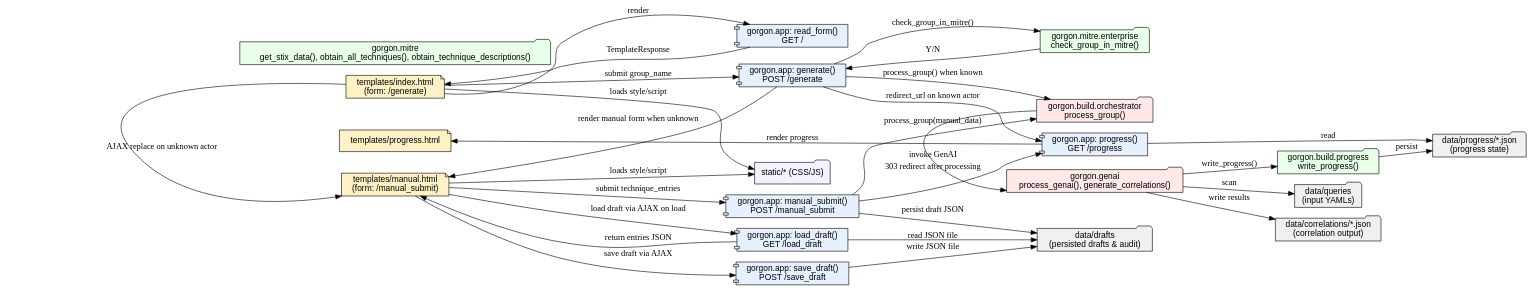
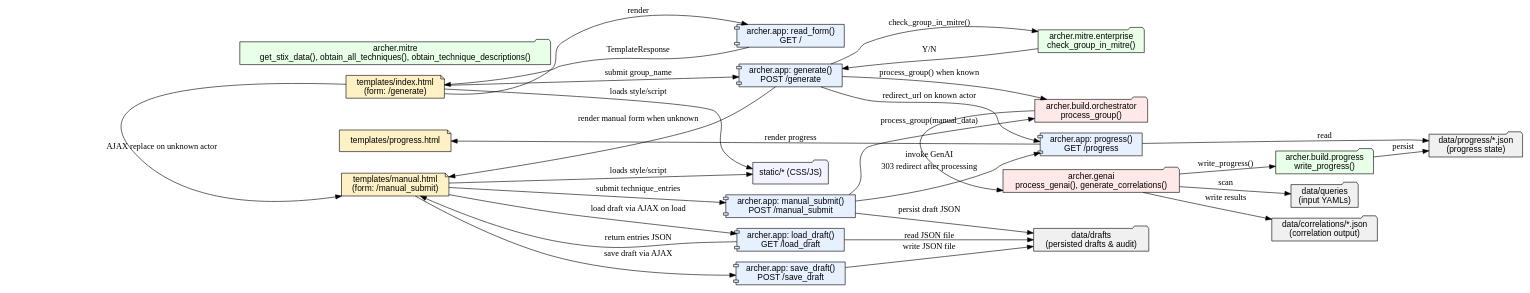
Before and after one commit to cmdaltr/shikari: the diagram in docs/flow/archer_flow.dot, drawn with Graphviz. The commit also changed 39 other files, not shown here.

Commit message:
replaced gorgon with archer and cleaned up

```diff
--- a/docs/flow/archer_flow.dot
+++ b/docs/flow/archer_flow.dot
@@ -1,84 +1,84 @@
 // Archer project flow diagram (generated)
 // Nodes: templates, app handlers, mitre helpers, orchestrator, drafts
 
 digraph ArcherFlow {
   rankdir=LR;
   node [shape=box, style=filled, fillcolor="#f8f9fa", fontname="Helvetica"];
 
   // Templates
   index_html [label="templates/index.html\n(form: /generate)", shape=note, fillcolor="#fff1c6"];
   manual_html [label="templates/manual.html\n(form: /manual_submit)", shape=note, fillcolor="#fff1c6"];
   progress_html [label="templates/progress.html", shape=note, fillcolor="#fff1c6"];
 
   // App handlers
-  app_read_form [label="gorgon.app: read_form()\nGET /", shape=component, fillcolor="#e6f0ff"];
-  app_generate [label="gorgon.app: generate()\nPOST /generate", shape=component, fillcolor="#e6f0ff"];
-  app_manual_submit [label="gorgon.app: manual_submit()\nPOST /manual_submit", shape=component, fillcolor="#e6f0ff"];
-  app_progress [label="gorgon.app: progress()\nGET /progress", shape=component, fillcolor="#e6f0ff"];
-  app_save_draft [label="gorgon.app: save_draft()\nPOST /save_draft", shape=component, fillcolor="#e6f0ff"];
-  app_load_draft [label="gorgon.app: load_draft()\nGET /load_draft", shape=component, fillcolor="#e6f0ff"];
+  app_read_form [label="archer.app: read_form()\nGET /", shape=component, fillcolor="#e6f0ff"];
+  app_generate [label="archer.app: generate()\nPOST /generate", shape=component, fillcolor="#e6f0ff"];
+  app_manual_submit [label="archer.app: manual_submit()\nPOST /manual_submit", shape=component, fillcolor="#e6f0ff"];
+  app_progress [label="archer.app: progress()\nGET /progress", shape=component, fillcolor="#e6f0ff"];
+  app_save_draft [label="archer.app: save_draft()\nPOST /save_draft", shape=component, fillcolor="#e6f0ff"];
+  app_load_draft [label="archer.app: load_draft()\nGET /load_draft", shape=component, fillcolor="#e6f0ff"];
 
   // Helpers
-  mitre_helpers [label="gorgon.mitre\nget_stix_data(), obtain_all_techniques(), obtain_technique_descriptions()", shape=folder, fillcolor="#e8ffe8"];
-  mitre_enterprise [label="gorgon.mitre.enterprise\ncheck_group_in_mitre()", shape=folder, fillcolor="#e8ffe8"];
+  mitre_helpers [label="archer.mitre\nget_stix_data(), obtain_all_techniques(), obtain_technique_descriptions()", shape=folder, fillcolor="#e8ffe8"];
+  mitre_enterprise [label="archer.mitre.enterprise\ncheck_group_in_mitre()", shape=folder, fillcolor="#e8ffe8"];
 
   // Orchestrator
-  orchestrator [label="gorgon.build.orchestrator\nprocess_group()", shape=folder, fillcolor="#ffe8e8"];
+  orchestrator [label="archer.build.orchestrator\nprocess_group()", shape=folder, fillcolor="#ffe8e8"];
 
   // GenAI pipeline
-  genai [label="gorgon.genai\nprocess_genai(), generate_correlations()", shape=folder, fillcolor="#ffe8e8"];
-  progress_writer [label="gorgon.build.progress\nwrite_progress()", shape=folder, fillcolor="#e8ffe8"];
+  genai [label="archer.genai\nprocess_genai(), generate_correlations()", shape=folder, fillcolor="#ffe8e8"];
+  progress_writer [label="archer.build.progress\nwrite_progress()", shape=folder, fillcolor="#e8ffe8"];
   queries [label="data/queries\n(input YAMLs)", shape=folder, fillcolor="#f0f0f0"];
   correlations [label="data/correlations/*.json\n(correlation output)", shape=folder, fillcolor="#f0f0f0"];
   progress_store [label="data/progress/*.json\n(progress state)", shape=folder, fillcolor="#f0f0f0"];
 
   // Data/drafts
   drafts [label="data/drafts\n(persisted drafts & audit)", shape=folder, fillcolor="#f0f0f0"];
 
   // Edges: how pages invoke handlers and helpers
   index_html -> app_read_form [label="render"];
   app_read_form -> index_html [label="TemplateResponse"];
 
   index_html -> app_generate [label="submit group_name"];
   app_generate -> mitre_enterprise [label="check_group_in_mitre()"];
   mitre_enterprise -> app_generate [label="Y/N"];
   app_generate -> orchestrator [label="process_group() when known"];
   app_generate -> manual_html [label="render manual form when unknown"];
 
   manual_html -> app_manual_submit [label="submit technique_entries"];
   app_manual_submit -> orchestrator [label="process_group(manual_data)"];
   app_manual_submit -> drafts [label="persist draft JSON"];
 
   // Draft save/load
   manual_html -> app_save_draft [label="save draft via AJAX"];
   app_save_draft -> drafts [label="write JSON file"];
   manual_html -> app_load_draft [label="load draft via AJAX on load"];
   app_load_draft -> drafts [label="read JSON file"];
   app_load_draft -> manual_html [label="return entries JSON"];
 
   // Navigation
   index_html -> manual_html [label="AJAX replace on unknown actor"];
   app_generate -> app_progress [label="redirect_url on known actor"];
   app_manual_submit -> app_progress [label="303 redirect after processing"];
 
   // Progress
   app_progress -> progress_html [label="render progress"];
 
   // Styling/JS (static)
   static [label="static/* (CSS/JS)", shape=folder, fillcolor="#f3f3ff"];
   index_html -> static [label="loads style/script"];
   manual_html -> static [label="loads style/script"];
 
   // Orchestrator -> GenAI and outputs
   orchestrator -> genai [label="invoke GenAI"];
   genai -> queries [label="scan"];
   genai -> correlations [label="write results"];
   genai -> progress_writer [label="write_progress()"];
   progress_writer -> progress_store [label="persist"];
   app_progress -> progress_store [label="read"];
 
   // Group nodes visually
   { rank=same; index_html; manual_html; progress_html }
   { rank=same; app_read_form; app_generate; app_manual_submit }
   { rank=same; orchestrator; genai }
 }
```
